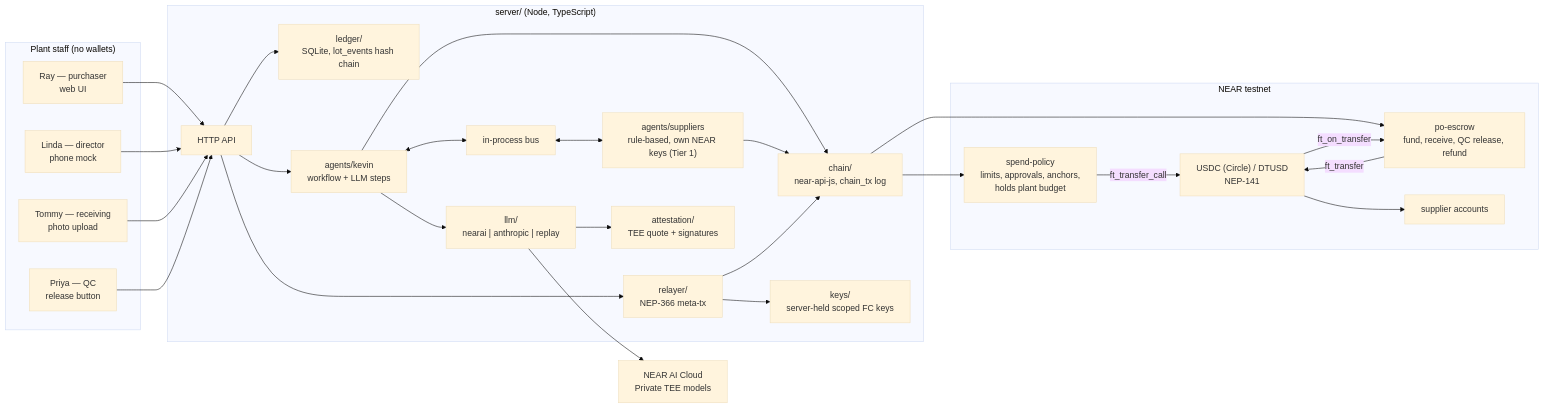
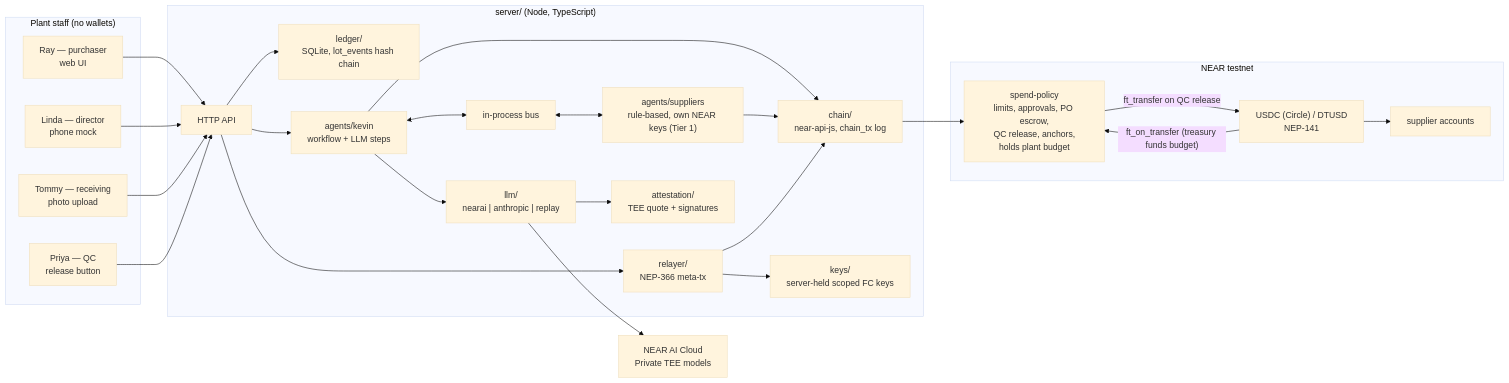
One commit to CoderofVibes/day-one changed the first of 2 diagrams in docs/ARCHITECTURE.md. Above: the diagram before and after it, drawn with Mermaid (base theme). The commit also changed other lines of this file and 8 other files, not shown here.

````diff
--- a/docs/ARCHITECTURE.md
+++ b/docs/ARCHITECTURE.md
@@ -34,50 +34,48 @@
 ```mermaid
 flowchart LR
   subgraph Staff["Plant staff (no wallets)"]
     Ray["Ray — purchaser<br/>web UI"]
     Linda["Linda — director<br/>phone mock"]
     Tommy["Tommy — receiving<br/>photo upload"]
     Priya["Priya — QC<br/>release button"]
   end
 
   subgraph Server["server/ (Node, TypeScript)"]
     API["HTTP API"]
     Ledger["ledger/<br/>SQLite, lot_events hash chain"]
     Kevin["agents/kevin<br/>workflow + LLM steps"]
     Bus["in-process bus"]
     Suppliers["agents/suppliers<br/>rule-based, own NEAR keys (Tier 1)"]
     LLM["llm/<br/>nearai | anthropic | replay"]
     Chain["chain/<br/>near-api-js, chain_tx log"]
     Relayer["relayer/<br/>NEP-366 meta-tx"]
     Keys["keys/<br/>server-held scoped FC keys"]
     Attest["attestation/<br/>TEE quote + signatures"]
   end
 
   subgraph NEAR["NEAR testnet"]
-    Policy["spend-policy<br/>limits, approvals, anchors,<br/>holds plant budget"]
-    Escrow["po-escrow<br/>fund, receive, QC release, refund"]
+    Policy["spend-policy<br/>limits, approvals, PO escrow,<br/>QC release, anchors,<br/>holds plant budget"]
     Token["USDC (Circle) / DTUSD<br/>NEP-141"]
     SupAcct["supplier accounts"]
   end
 
   NEARAI["NEAR AI Cloud<br/>Private TEE models"]
 
   Ray --> API
   Linda --> API
   Tommy --> API
   Priya --> API
   API --> Ledger
   API --> Kevin
   Kevin --> LLM --> NEARAI
   Kevin <--> Bus <--> Suppliers
   Kevin --> Chain
   Suppliers --> Chain
   API --> Relayer
   Relayer --> Keys
   Relayer --> Chain
   Chain --> Policy
-  Chain --> Escrow
-  Policy -- ft_transfer_call --> Token -- ft_on_transfer --> Escrow
-  Escrow -- ft_transfer --> Token --> SupAcct
+  Token -- ft_on_transfer (treasury funds budget) --> Policy
+  Policy -- ft_transfer on QC release --> Token --> SupAcct
   LLM --> Attest
 ```
````
